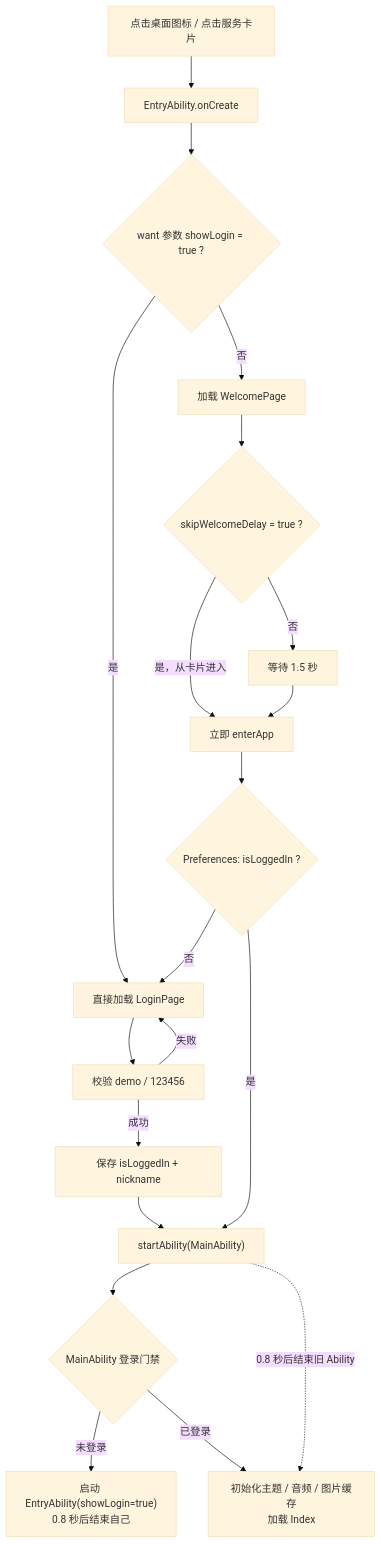
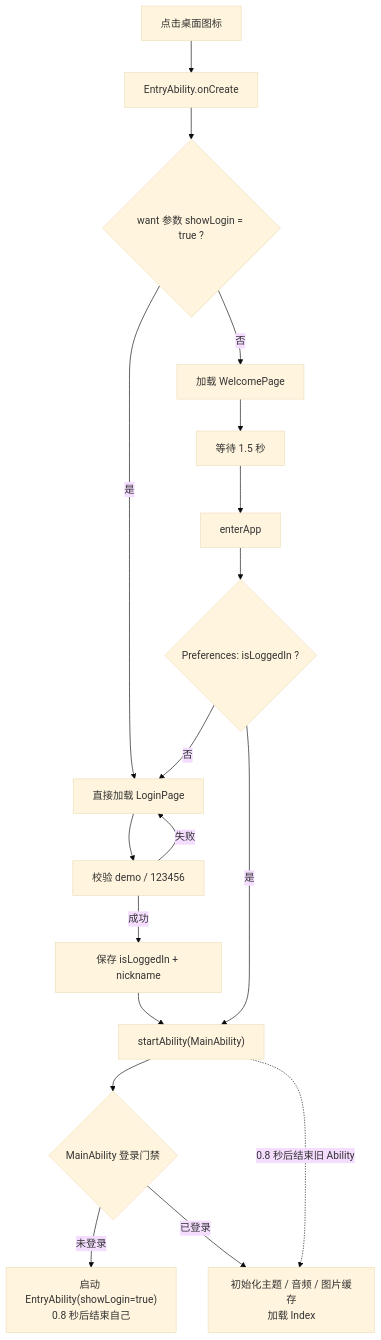
Before and after one commit to blowt16/HarmonyMusicApp: the second of 8 diagrams in docs/学习文档.md, drawn with Mermaid (base theme). The commit also changed other lines of this file and 15 other files, not shown here.

````diff
--- a/docs/学习文档.md
+++ b/docs/学习文档.md
@@ -146,22 +137,20 @@
 ```mermaid
 flowchart TD
-  A["点击桌面图标 / 点击服务卡片"] --> B["EntryAbility.onCreate"]
+  A["点击桌面图标"] --> B["EntryAbility.onCreate"]
   B --> C{"want 参数 showLogin = true ?"}
   C -- 是 --> D["直接加载 LoginPage"]
   C -- 否 --> E["加载 WelcomePage"]
-  E --> F{"skipWelcomeDelay = true ?"}
-  F -- 是，从卡片进入 --> G["立即 enterApp"]
-  F -- 否 --> H["等待 1.5 秒"]
-  H --> G
+  E --> H["等待 1.5 秒"]
+  H --> G["enterApp"]
   G --> I{"Preferences: isLoggedIn ?"}
   I -- 否 --> D
   D --> J["校验 demo / 123456"]
   J -- 失败 --> D
   J -- 成功 --> K["保存 isLoggedIn + nickname"]
   K --> L["startAbility(MainAbility)"]
   I -- 是 --> L
   L --> M{"MainAbility 登录门禁"}
   M -- 未登录 --> N["启动 EntryAbility(showLogin=true)<br/>0.8 秒后结束自己"]
   M -- 已登录 --> O["初始化主题 / 音频 / 图片缓存<br/>加载 Index"]
   L -.->|0.8 秒后结束旧 Ability| O
 ```
````
